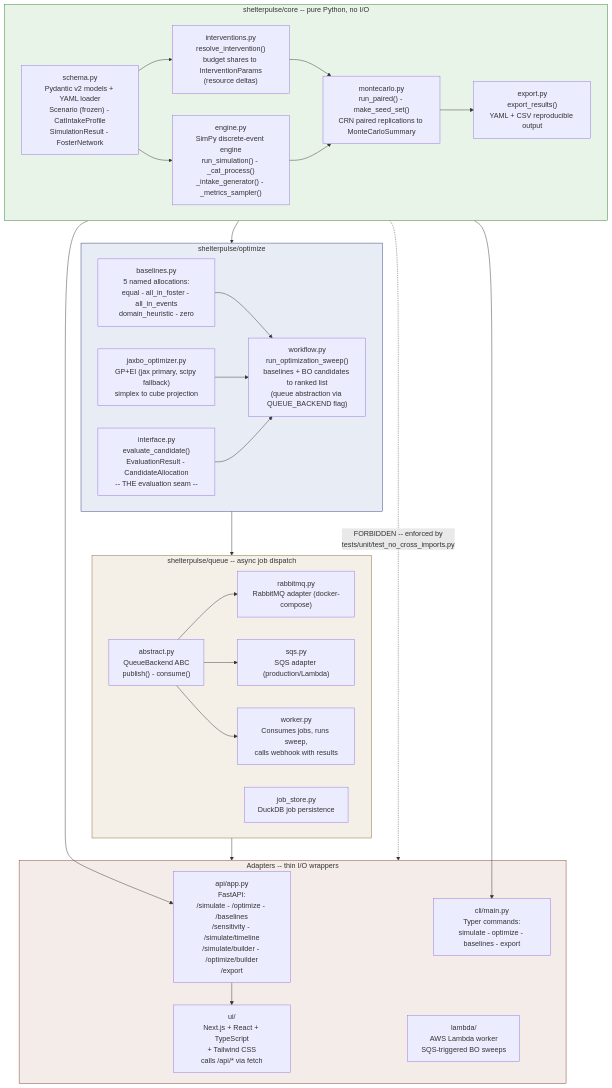
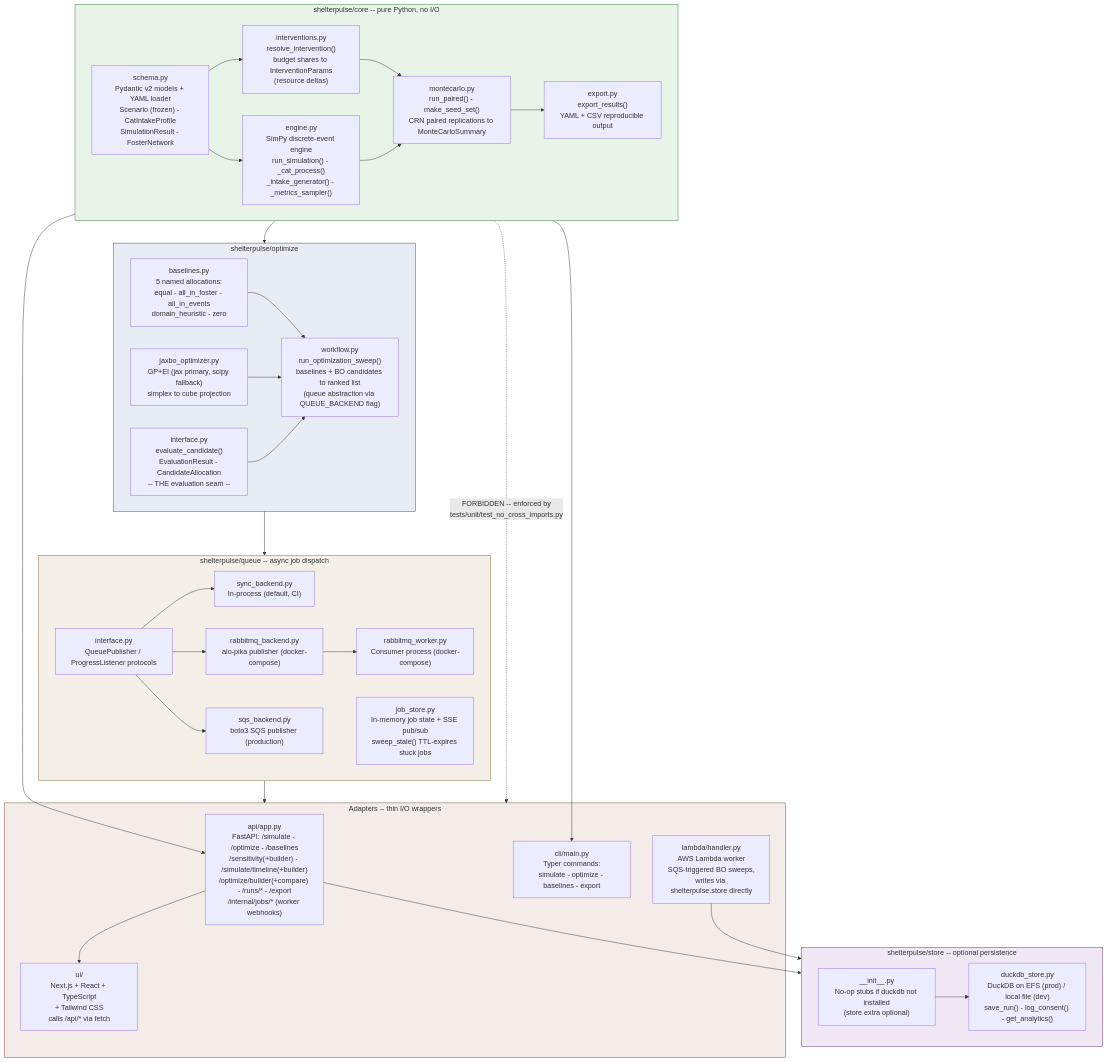
Before and after one commit to ricardogr07/shelter-pulse: the diagram in docs/architecture/module-boundaries.md, drawn with Mermaid. The commit also changed other lines of this file and 4 other files, not shown here.

First line of the commit message:
docs: fix stale architecture claims

````diff
--- a/docs/architecture/module-boundaries.md
+++ b/docs/architecture/module-boundaries.md
@@ -6,60 +6,72 @@
 ```mermaid
 graph TD
     subgraph core["shelterpulse/core  --  pure Python, no I/O"]
         schema["schema.py\nPydantic v2 models + YAML loader\nScenario (frozen) - CatIntakeProfile\nSimulationResult - FosterNetwork"]
         engine["engine.py\nSimPy discrete-event engine\nrun_simulation() - _cat_process()\n_intake_generator() - _metrics_sampler()"]
         interventions["interventions.py\nresolve_intervention()\nbudget shares to InterventionParams\n(resource deltas)"]
         montecarlo["montecarlo.py\nrun_paired() - make_seed_set()\nCRN paired replications to MonteCarloSummary"]
         export_mod["export.py\nexport_results()\nYAML + CSV reproducible output"]
 
         schema --> engine
         schema --> interventions
         interventions --> montecarlo
         engine --> montecarlo
         montecarlo --> export_mod
     end
 
     subgraph optimize["shelterpulse/optimize"]
         interface["interface.py\nevaluate_candidate()\nEvaluationResult - CandidateAllocation\n-- THE evaluation seam --"]
         baselines["baselines.py\n5 named allocations:\nequal - all_in_foster - all_in_events\ndomain_heuristic - zero"]
         jaxbo_opt["jaxbo_optimizer.py\nGP+EI (jax primary, scipy fallback)\nsimplex to cube projection"]
         workflow["workflow.py\nrun_optimization_sweep()\nbaselines + BO candidates to ranked list\n(queue abstraction via QUEUE_BACKEND flag)"]
 
         baselines --> workflow
         jaxbo_opt --> workflow
         interface --> workflow
     end
 
     subgraph queue["shelterpulse/queue  --  async job dispatch"]
-        queue_abs["abstract.py\nQueueBackend ABC\npublish() - consume()"]
-        rabbitmq_be["rabbitmq.py\nRabbitMQ adapter (docker-compose)"]
-        sqs_be["sqs.py\nSQS adapter (production/Lambda)"]
-        worker["worker.py\nConsumes jobs, runs sweep,\ncalls webhook with results"]
-        job_store["job_store.py\nDuckDB job persistence"]
+        queue_abs["interface.py\nQueuePublisher / ProgressListener protocols"]
+        sync_be["sync_backend.py\nIn-process (default, CI)"]
+        rabbitmq_be["rabbitmq_backend.py\naio-pika publisher (docker-compose)"]
+        sqs_be["sqs_backend.py\nboto3 SQS publisher (production)"]
+        rabbitmq_worker["rabbitmq_worker.py\nConsumer process (docker-compose)"]
+        job_store["job_store.py\nIn-memory job state + SSE pub/sub\nsweep_stale() TTL-expires stuck jobs"]
 
+        queue_abs --> sync_be
         queue_abs --> rabbitmq_be
         queue_abs --> sqs_be
-        queue_abs --> worker
+        rabbitmq_be --> rabbitmq_worker
+    end
+
+    subgraph store["shelterpulse/store  --  optional persistence"]
+        duckdb_store["duckdb_store.py\nDuckDB on EFS (prod) / local file (dev)\nsave_run() - log_consent() - get_analytics()"]
+        store_init["__init__.py\nNo-op stubs if duckdb not installed\n(store extra optional)"]
+
+        store_init --> duckdb_store
     end
 
     subgraph adapters["Adapters  --  thin I/O wrappers"]
-        api_app["api/app.py\nFastAPI:\n/simulate - /optimize - /baselines\n/sensitivity - /simulate/timeline\n/simulate/builder - /optimize/builder\n/export"]
+        api_app["api/app.py\nFastAPI: /simulate - /optimize - /baselines\n/sensitivity(+builder) - /simulate/timeline(+builder)\n/optimize/builder(+compare) - /runs/* - /export\n/internal/jobs/* (worker webhooks)"]
         cli_main["cli/main.py\nTyper commands:\nsimulate - optimize - baselines - export"]
         ui_app["ui/\nNext.js + React + TypeScript\n+ Tailwind CSS\ncalls /api/* via fetch"]
-        lambda_fn["lambda/\nAWS Lambda worker\nSQS-triggered BO sweeps"]
+        lambda_fn["lambda/handler.py\nAWS Lambda worker\nSQS-triggered BO sweeps,\nwrites via shelterpulse.store directly"]
     end
 
     core --> optimize
     core --> api_app
     core --> cli_main
     optimize --> queue
     queue --> adapters
+    api_app --> store
+    lambda_fn --> store
     api_app --> ui_app
 
     core -. "FORBIDDEN -- enforced by\ntests/unit/test_no_cross_imports.py" .-> adapters
 
     style core fill:#e8f4e8,stroke:#2d7a2d
     style optimize fill:#e8ecf4,stroke:#2d3d7a
     style queue fill:#f4f0e8,stroke:#7a6d2d
+    style store fill:#f0e8f4,stroke:#5d2d7a
     style adapters fill:#f4ece8,stroke:#7a3d2d
 ```
````
